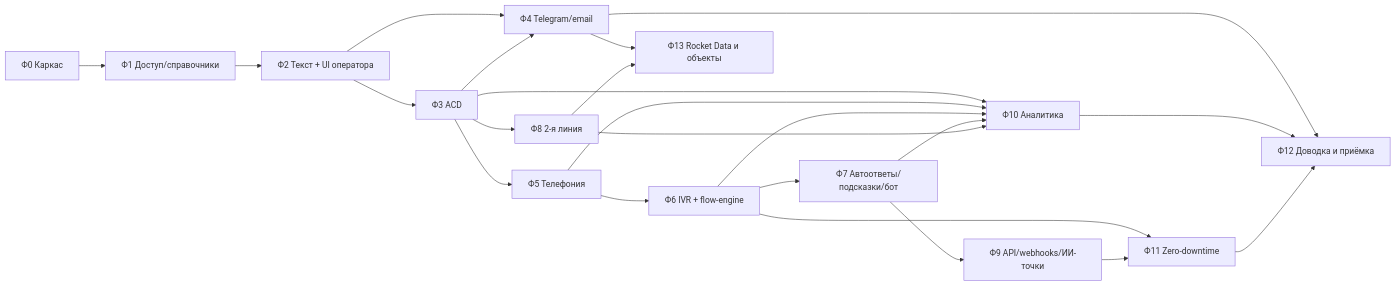
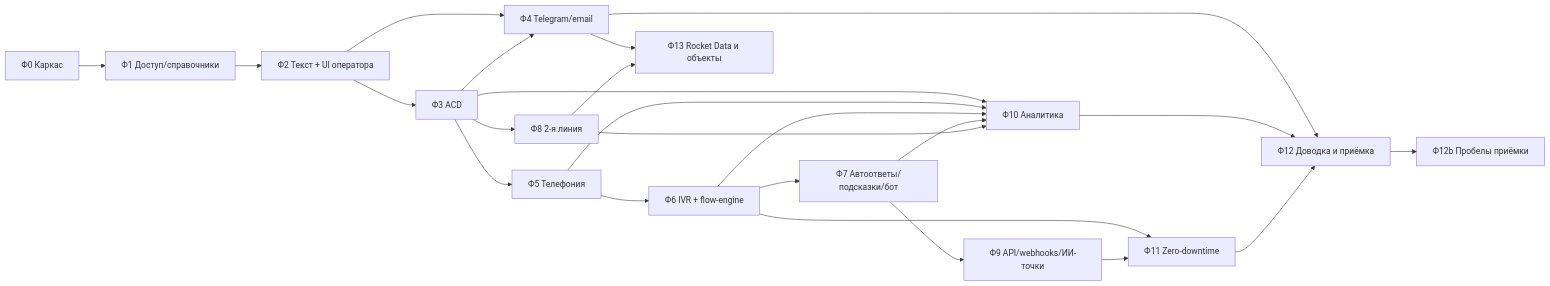
Before and after one commit to afedortsovbn-commits/CkaudeGitHub: the diagram in Контакт-центр/planning/03-план-разработки.md, drawn with Mermaid. The commit also changed other lines of this file and 2 other files, not shown here.

First line of the commit message:
Ф12: план — фаза Ф12b (пробелы приёмки) и задания сессий Ф12b/Ф13; CLAUDE.md — следующая фаза

````diff
--- a/Контакт-центр/planning/03-план-разработки.md
+++ b/Контакт-центр/planning/03-план-разработки.md
@@ -41,14 +42,15 @@
 ```mermaid
 flowchart LR
   F0[Ф0 Каркас] --> F1[Ф1 Доступ/справочники] --> F2[Ф2 Текст + UI оператора] --> F3[Ф3 ACD]
   F2 --> F4[Ф4 Telegram/email]
   F3 --> F4
   F3 --> F5[Ф5 Телефония] --> F6[Ф6 IVR + flow-engine]
   F6 --> F7[Ф7 Автоответы/подсказки/бот] --> F9[Ф9 API/webhooks/ИИ-точки]
   F3 --> F8[Ф8 2-я линия]
   F3 & F5 & F6 & F7 & F8 --> F10[Ф10 Аналитика]
   F6 --> F11[Ф11 Zero-downtime]
   F9 --> F11
   F4 & F10 & F11 --> F12[Ф12 Доводка и приёмка]
   F4 & F8 --> F13[Ф13 Rocket Data и объекты]
+  F12 --> F12b[Ф12b Пробелы приёмки]
 ```
````
